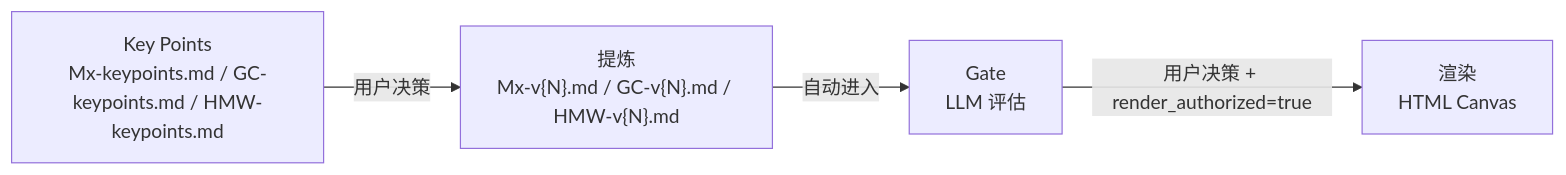
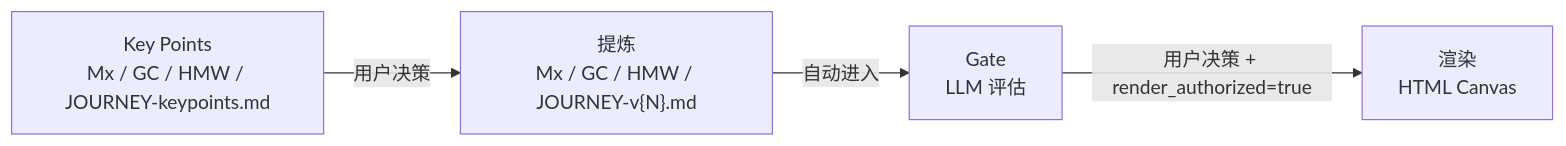
One commit to wanghongbj321-code/pratyaya changed the diagram in README.md. Above: the diagram before and after it, drawn with Mermaid. The commit also changed other lines of this file and 42 other files, not shown here.

````diff
--- a/README.md
+++ b/README.md
@@ -20,10 +22,10 @@
 ```mermaid
 flowchart LR
-    A["Key Points<br/>Mx-keypoints.md / GC-keypoints.md / HMW-keypoints.md"]
-    B["提炼<br/>Mx-v{N}.md / GC-v{N}.md / HMW-v{N}.md"]
+    A["Key Points<br/>Mx / GC / HMW / JOURNEY-keypoints.md"]
+    B["提炼<br/>Mx / GC / HMW / JOURNEY-v{N}.md"]
     C["Gate<br/>LLM 评估"]
     D["渲染<br/>HTML Canvas"]
     A -->|用户决策| B
     B -->|自动进入| C
     C -->|用户决策 + render_authorized=true| D
 ```
````
